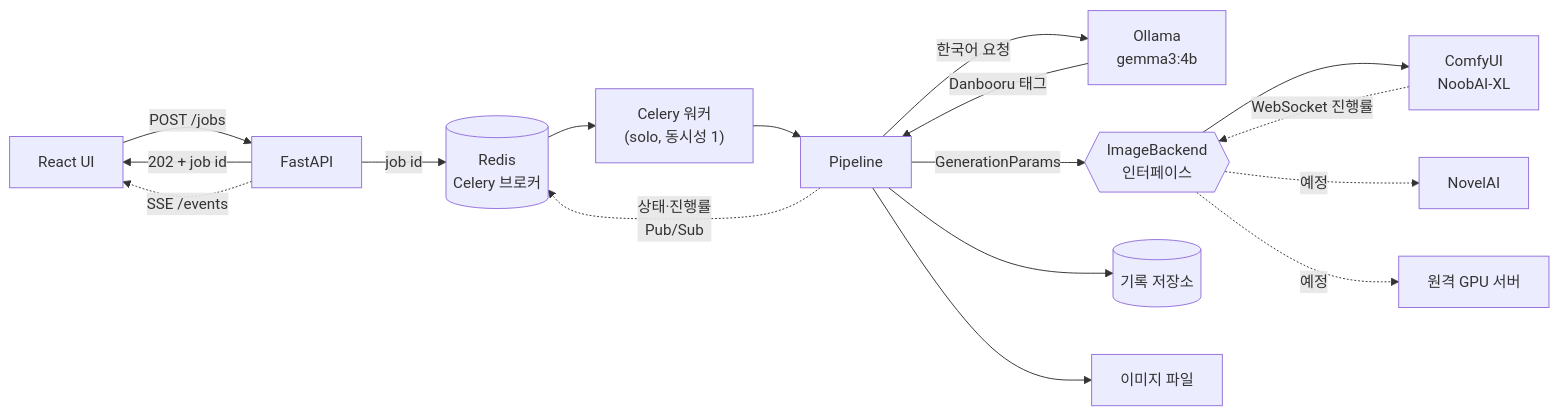
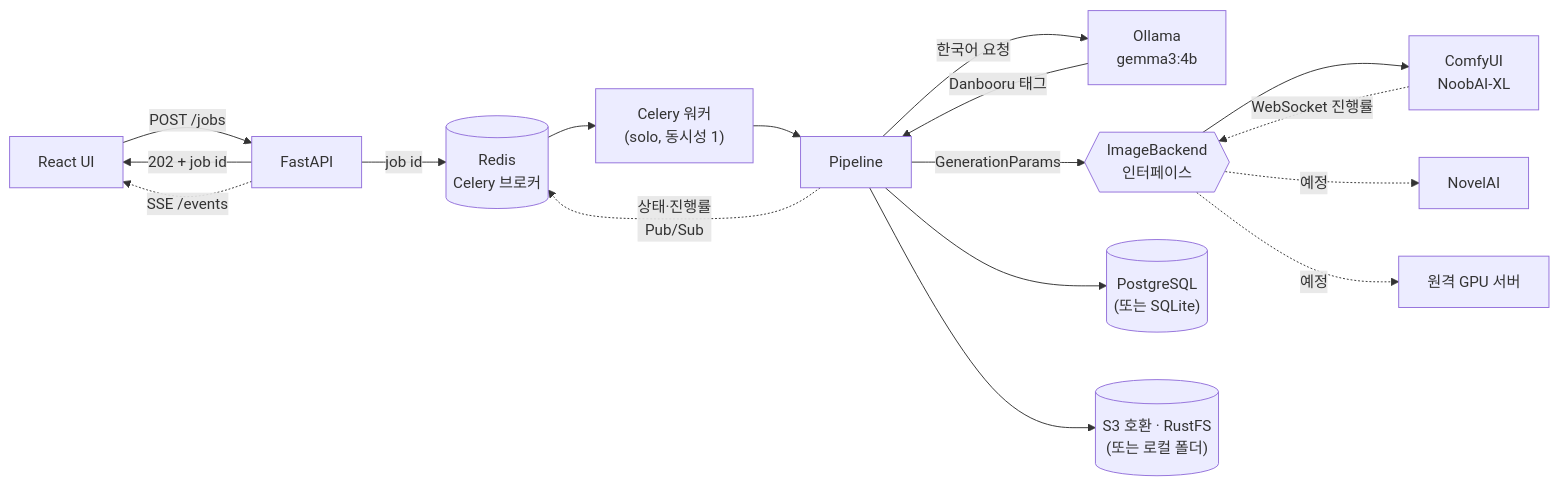
One commit to Sleep404NF/dorothy-archive changed the diagram in README.md. Above: the diagram before and after it, drawn with Mermaid. The commit also changed other lines of this file, not shown here.

Commit message:
docs: 저장소 구조와 PostgreSQL·RustFS 실행 방법 추가

````diff
--- a/README.md
+++ b/README.md
@@ -81,19 +82,19 @@
 ```mermaid
 flowchart LR
     UI["React UI"] -->|"POST /jobs"| API["FastAPI"]
     API -->|"202 + job id"| UI
     API -->|"job id"| Q[("Redis<br/>Celery 브로커")]
     Q --> W["Celery 워커<br/>(solo, 동시성 1)"]
     W --> P["Pipeline"]
     P -.->|"상태·진행률<br/>Pub/Sub"| Q
     API -.->|"SSE /events"| UI
     P -->|"한국어 요청"| LLM["Ollama<br/>gemma3:4b"]
     LLM -->|"Danbooru 태그"| P
     P -->|"GenerationParams"| IB{{"ImageBackend<br/>인터페이스"}}
     IB --> CU["ComfyUI<br/>NoobAI-XL"]
     CU -.->|"WebSocket 진행률"| IB
     IB -.->|"예정"| NAI["NovelAI"]
     IB -.->|"예정"| GPU["원격 GPU 서버"]
-    P --> DB[("기록 저장소")]
-    P --> IMG["이미지 파일"]
+    P --> DB[("PostgreSQL<br/>(또는 SQLite)")]
+    P --> IMG[("S3 호환 · RustFS<br/>(또는 로컬 폴더)")]
 ```
````
